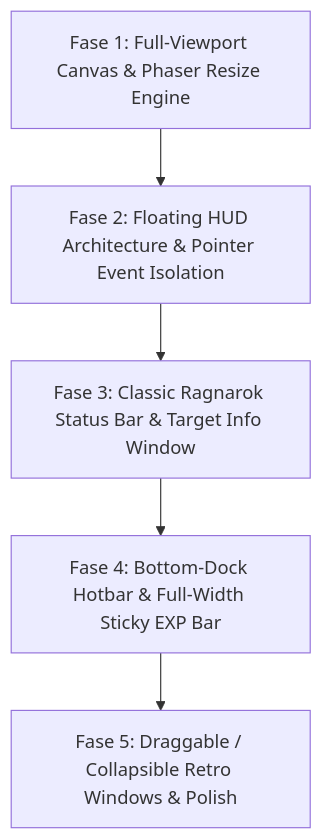
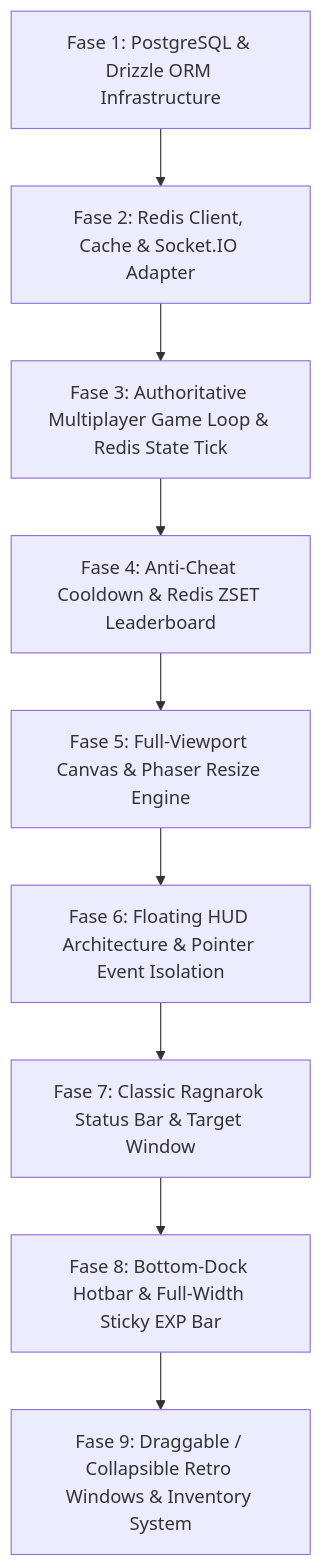
One commit to blacksmitj/ragnarok-mini changed the diagram in IMPLEMENTATION_PLAN.md. Above: the diagram before and after it, drawn with Mermaid. The commit also changed other lines of this file and 2 other files, not shown here.

Commit message:
feat: add database and redis configuration to environment and implementation plan

````diff
--- a/IMPLEMENTATION_PLAN.md
+++ b/IMPLEMENTATION_PLAN.md
@@ -61,7 +44,11 @@
 ```mermaid
 flowchart TD
-    F1["Fase 1: Full-Viewport Canvas & Phaser Resize Engine"] --> F2["Fase 2: Floating HUD Architecture & Pointer Event Isolation"]
-    F2 --> F3["Fase 3: Classic Ragnarok Status Bar & Target Info Window"]
-    F3 --> F4["Fase 4: Bottom-Dock Hotbar & Full-Width Sticky EXP Bar"]
-    F4 --> F5["Fase 5: Draggable / Collapsible Retro Windows & Polish"]
+    F1["Fase 1: PostgreSQL & Drizzle ORM Infrastructure"] --> F2["Fase 2: Redis Client, Cache & Socket.IO Adapter"]
+    F2 --> F3["Fase 3: Authoritative Multiplayer Game Loop & Redis State Tick"]
+    F3 --> F4["Fase 4: Anti-Cheat Cooldown & Redis ZSET Leaderboard"]
+    F4 --> F5["Fase 5: Full-Viewport Canvas & Phaser Resize Engine"]
+    F5 --> F6["Fase 6: Floating HUD Architecture & Pointer Event Isolation"]
+    F6 --> F7["Fase 7: Classic Ragnarok Status Bar & Target Window"]
+    F7 --> F8["Fase 8: Bottom-Dock Hotbar & Full-Width Sticky EXP Bar"]
+    F8 --> F9["Fase 9: Draggable / Collapsible Retro Windows & Inventory System"]
 ```
````
